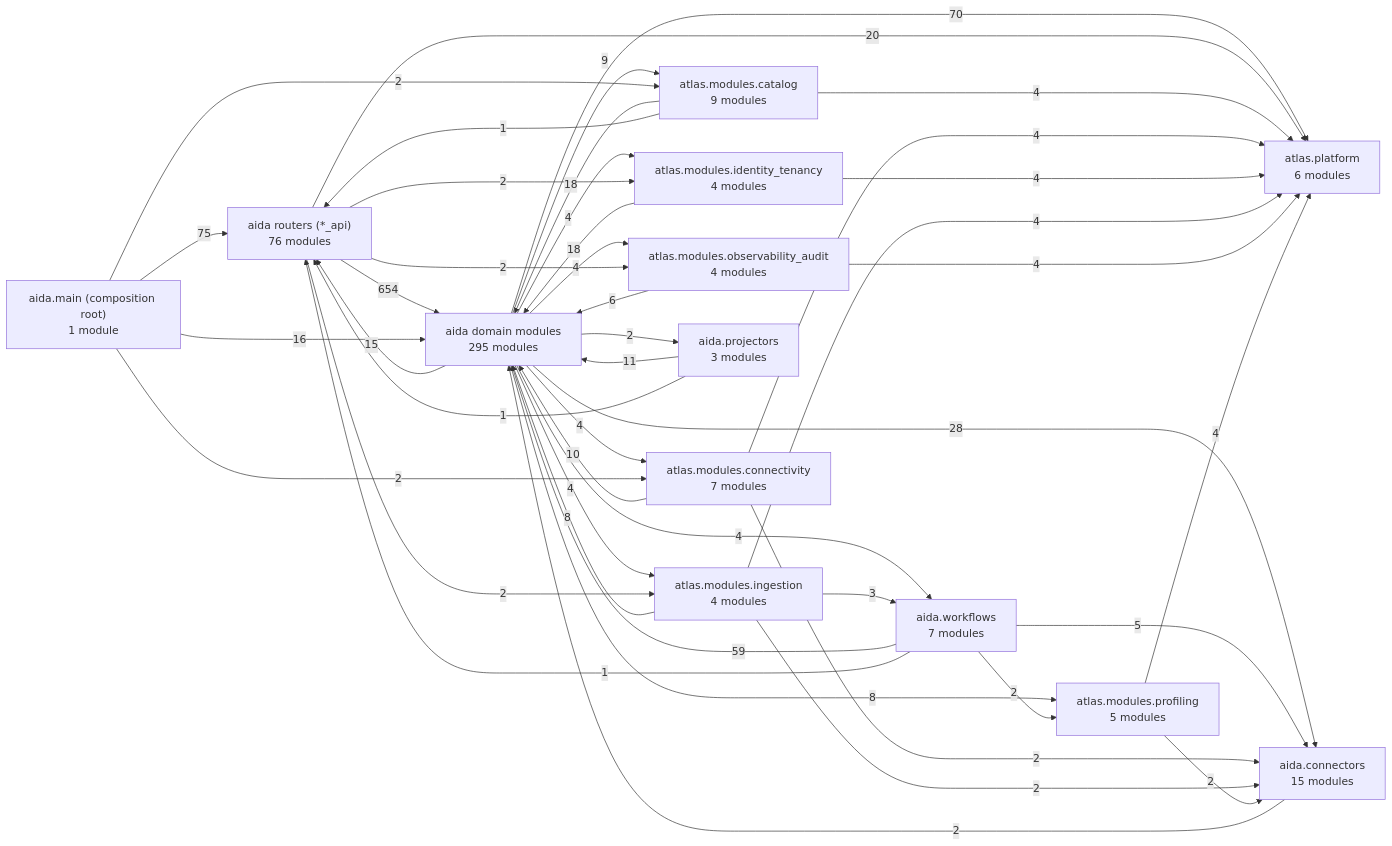
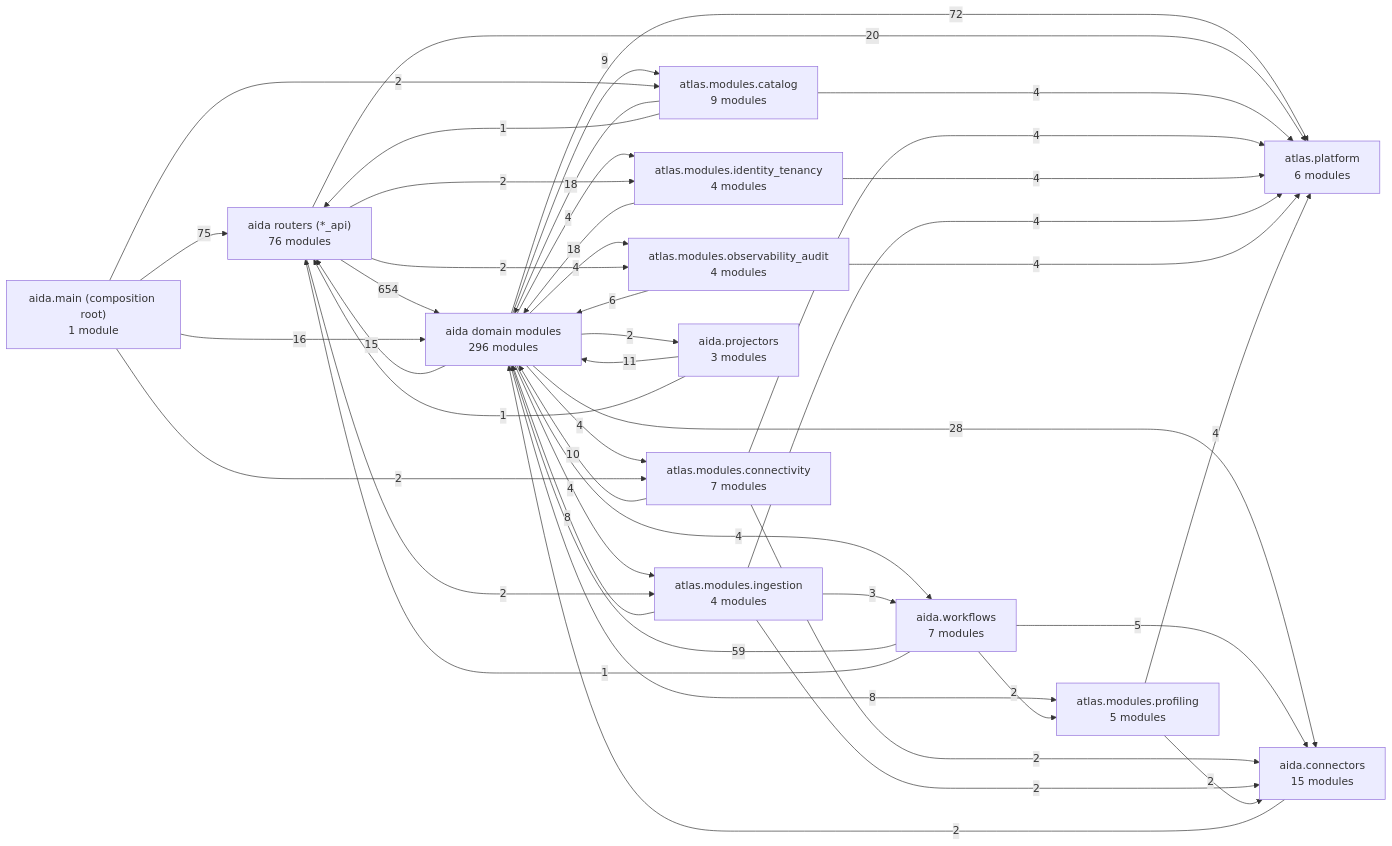
The first of 3 diagrams in Docs/10-architecture/14-generated-architecture-map.md (karuppusamym/AIDataAnalyst), drawn with Mermaid before and after one commit. The commit also changed other lines of this file and 9 other files, not shown here.

````diff
--- a/Docs/10-architecture/14-generated-architecture-map.md
+++ b/Docs/10-architecture/14-generated-architecture-map.md
@@ -48,59 +48,59 @@
 ```mermaid
 graph LR
   app["aida.main (composition root)<br/>1 module"]
   routers["aida routers (*_api)<br/>76 modules"]
-  domain["aida domain modules<br/>295 modules"]
+  domain["aida domain modules<br/>296 modules"]
   ctx_catalog["atlas.modules.catalog<br/>9 modules"]
   ctx_connectivity["atlas.modules.connectivity<br/>7 modules"]
   ctx_identity_tenancy["atlas.modules.identity_tenancy<br/>4 modules"]
   ctx_ingestion["atlas.modules.ingestion<br/>4 modules"]
   ctx_observability_audit["atlas.modules.observability_audit<br/>4 modules"]
   ctx_profiling["atlas.modules.profiling<br/>5 modules"]
   connectors["aida.connectors<br/>15 modules"]
   workflows["aida.workflows<br/>7 modules"]
   projectors["aida.projectors<br/>3 modules"]
   platform["atlas.platform<br/>6 modules"]
   routers -->|654| domain
   app -->|75| routers
-  domain -->|70| platform
+  domain -->|72| platform
   workflows -->|59| domain
   domain -->|28| connectors
   routers -->|20| platform
   ctx_catalog -->|18| domain
   ctx_identity_tenancy -->|18| domain
   app -->|16| domain
   domain -->|15| routers
   projectors -->|11| domain
   ctx_connectivity -->|10| domain
   domain -->|9| ctx_catalog
   ctx_ingestion -->|8| domain
   domain -->|8| ctx_profiling
   ctx_observability_audit -->|6| domain
   workflows -->|5| connectors
   ctx_catalog -->|4| platform
   ctx_connectivity -->|4| platform
   ctx_identity_tenancy -->|4| platform
   ctx_ingestion -->|4| platform
   ctx_observability_audit -->|4| platform
   ctx_profiling -->|4| platform
   domain -->|4| ctx_connectivity
   domain -->|4| ctx_identity_tenancy
   domain -->|4| ctx_ingestion
   domain -->|4| ctx_observability_audit
   domain -->|4| workflows
   ctx_ingestion -->|3| workflows
   app -->|2| ctx_catalog
   app -->|2| ctx_connectivity
   connectors -->|2| domain
   ctx_connectivity -->|2| connectors
   ctx_ingestion -->|2| connectors
   ctx_profiling -->|2| connectors
   domain -->|2| projectors
   routers -->|2| ctx_identity_tenancy
   routers -->|2| ctx_ingestion
   routers -->|2| ctx_observability_audit
   workflows -->|2| ctx_profiling
   ctx_catalog -->|1| routers
   projectors -->|1| routers
   workflows -->|1| routers
 ```
````
